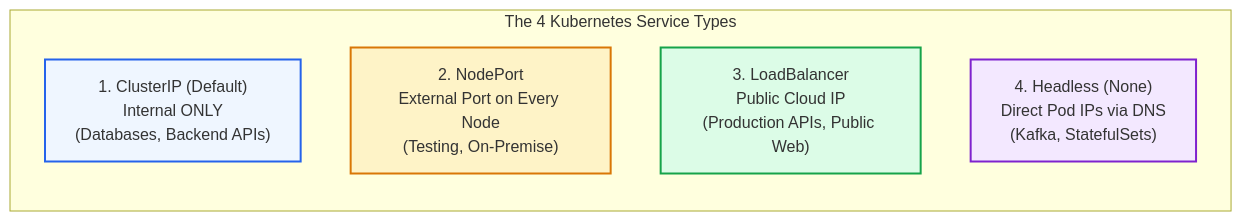
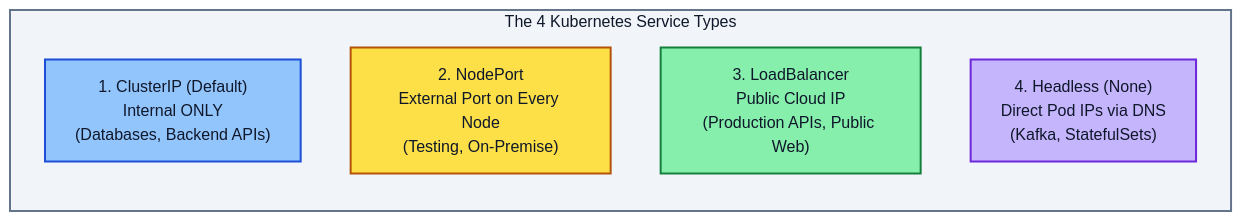
One commit to PandeyKishan/Study-Notes changed the third of 4 diagrams in 02-Kubernetes/03-Networking-Services-and-Ingress.md. Above: the diagram before and after it, drawn with Mermaid. The commit also changed other lines of this file and 22 other files, not shown here.

Commit message:
docs: enhance diagram visibility with high-contrast palette and add concise book definitions

````diff
--- a/02-Kubernetes/03-Networking-Services-and-Ingress.md
+++ b/02-Kubernetes/03-Networking-Services-and-Ingress.md
@@ -102,14 +118,15 @@
 ```mermaid
 flowchart LR
     subgraph Types["The 4 Kubernetes Service Types"]
         C["1. ClusterIP (Default)\nInternal ONLY\n(Databases, Backend APIs)"]
         N["2. NodePort\nExternal Port on Every Node\n(Testing, On-Premise)"]
         L["3. LoadBalancer\nPublic Cloud IP\n(Production APIs, Public Web)"]
         H["4. Headless (None)\nDirect Pod IPs via DNS\n(Kafka, StatefulSets)"]
     end
 
-    style C fill:#eff6ff,stroke:#2563eb,stroke-width:2px
-    style N fill:#fef3c7,stroke:#d97706,stroke-width:2px
-    style L fill:#dcfce7,stroke:#16a34a,stroke-width:2px
-    style H fill:#f3e8ff,stroke:#7e22ce,stroke-width:2px
+    style Types fill:#f1f5f9,stroke:#64748b,stroke-width:2px,color:#0f172a
+    style C fill:#93c5fd,stroke:#1d4ed8,stroke-width:2px,color:#0f172a
+    style N fill:#fde047,stroke:#b45309,stroke-width:2px,color:#0f172a
+    style L fill:#86efac,stroke:#15803d,stroke-width:2px,color:#0f172a
+    style H fill:#c4b5fd,stroke:#6d28d9,stroke-width:2px,color:#0f172a
 ```
````
